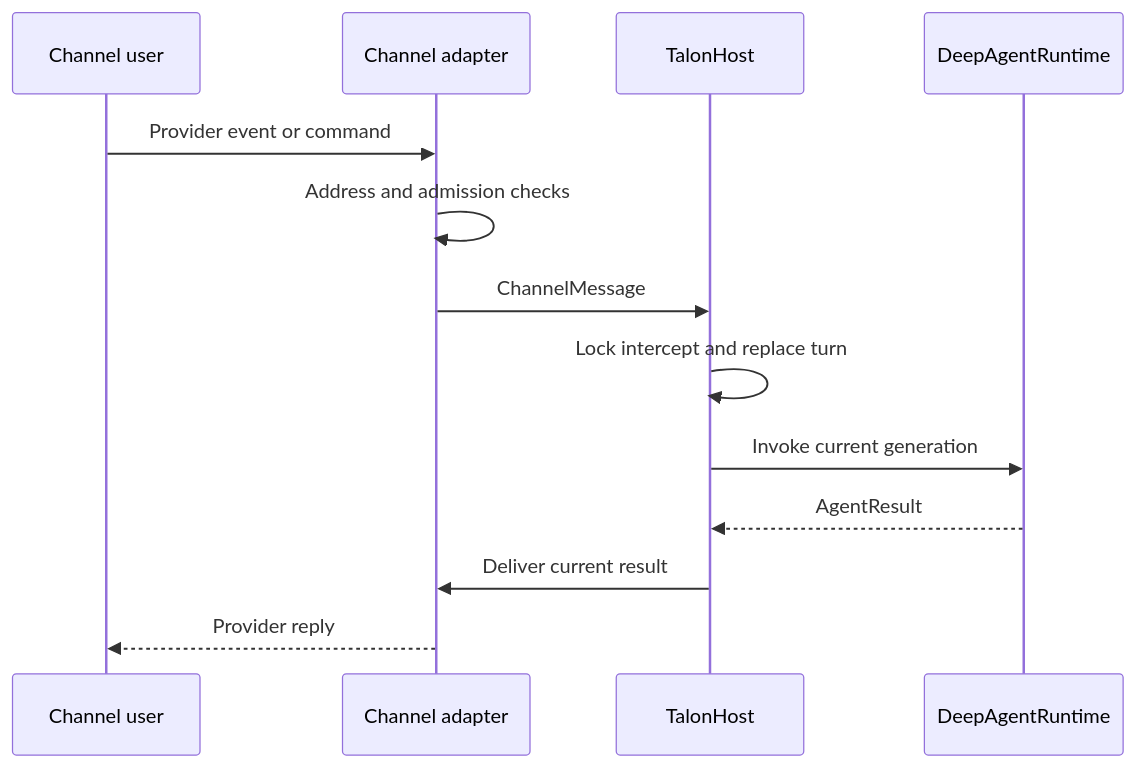
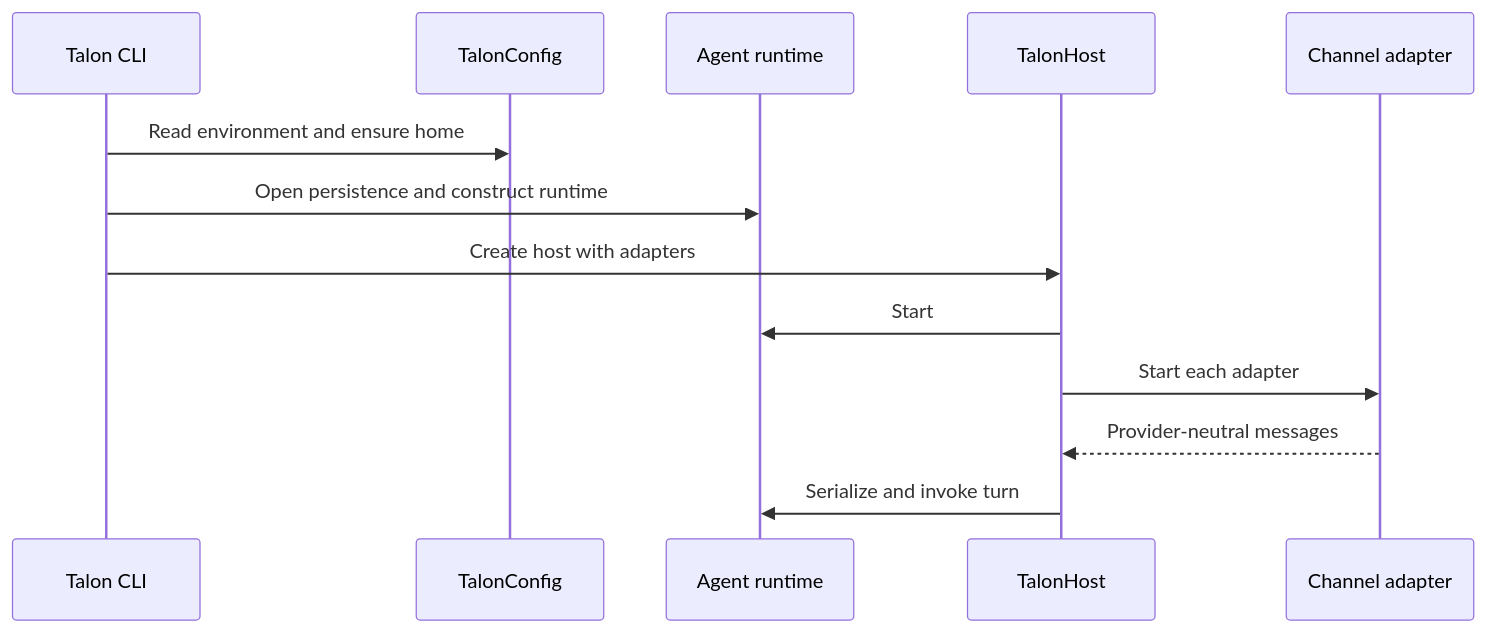
The fourth of 4 diagrams in openwiki/architecture/source-map.md (langchain-ai/deepagents), drawn with Mermaid before and after one commit. The commit also changed other lines of this file and 69 other files, not shown here.

````diff
--- a/openwiki/architecture/source-map.md
+++ b/openwiki/architecture/source-map.md
@@ -132,15 +127,15 @@
 ```mermaid
 sequenceDiagram
-  participant User as Channel user
-  participant Adapter as Channel adapter
+  participant CLI as Talon CLI
+  participant Config as TalonConfig
+  participant Runtime as Agent runtime
   participant Host as TalonHost
-  participant Runtime as DeepAgentRuntime
-  User->>Adapter: Provider event or command
-  Adapter->>Adapter: Address and admission checks
-  Adapter->>Host: ChannelMessage
-  Host->>Host: Lock intercept and replace turn
-  Host->>Runtime: Invoke current generation
-  Runtime-->>Host: AgentResult
-  Host->>Adapter: Deliver current result
-  Adapter-->>User: Provider reply
+  participant Channel as Channel adapter
+  CLI->>Config: Read environment and ensure home
+  CLI->>Runtime: Open persistence and construct runtime
+  CLI->>Host: Create host with adapters
+  Host->>Runtime: Start
+  Host->>Channel: Start each adapter
+  Channel-->>Host: Provider-neutral messages
+  Host->>Runtime: Serialize and invoke turn
 ```
````
